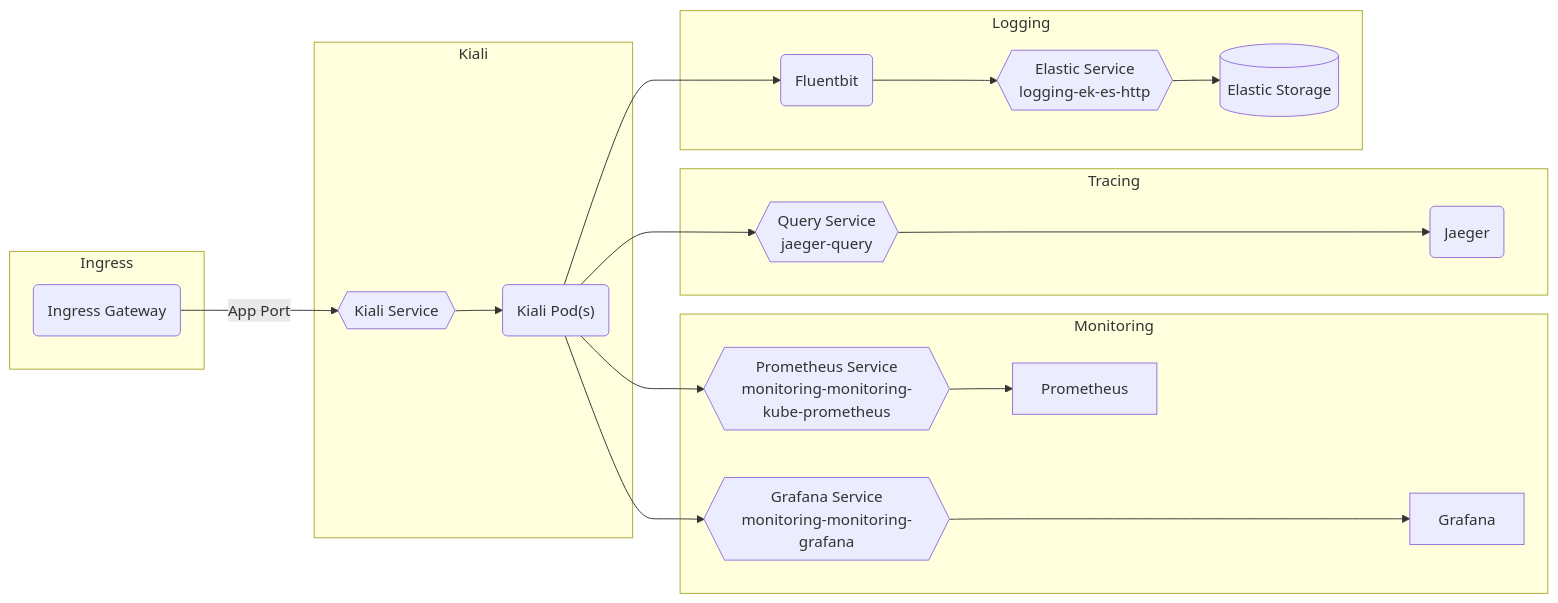
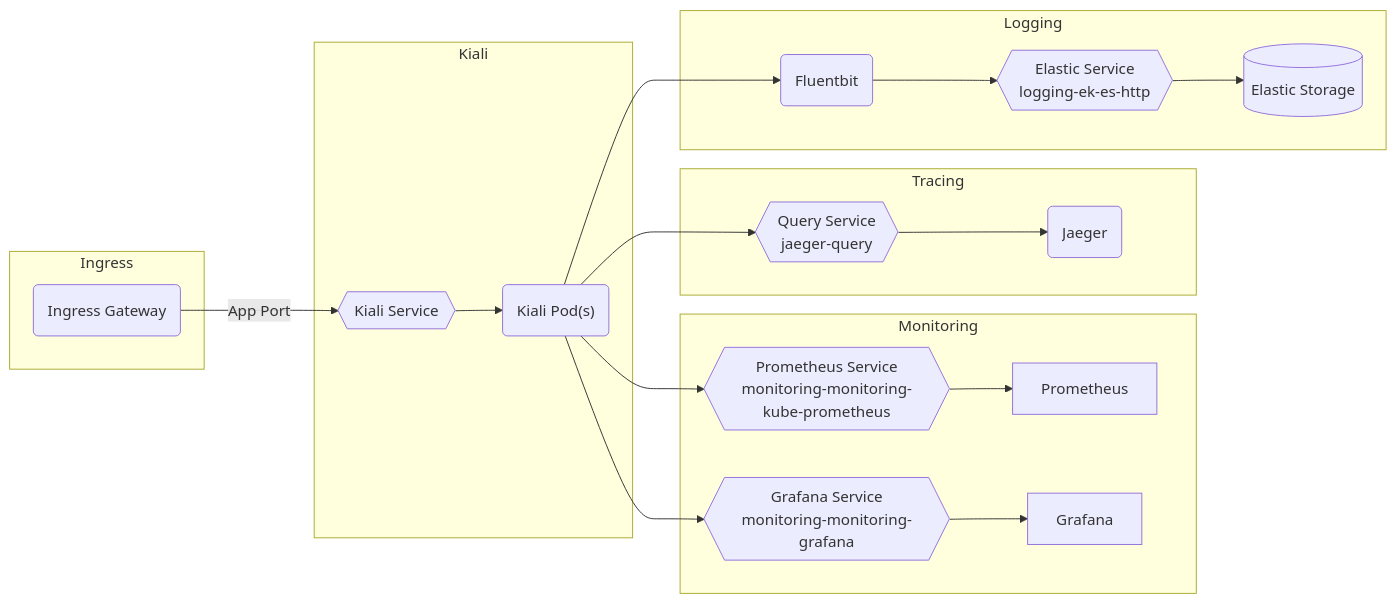
One commit to rjferguson21/big-bang changed the diagram in charter/packages/kiali/Architecture.md. Above: the diagram before and after it, drawn with Mermaid.

Commit message:
tidy up mermaid

````diff
--- a/charter/packages/kiali/Architecture.md
+++ b/charter/packages/kiali/Architecture.md
@@ -11,25 +11,25 @@
 ```mermaid
 graph LR
   subgraph "Kiali"
     Kialipods("Kiali Pod(s)")
     kialiservice{{Kiali Service}} --> Kialipods("Kiali Pod(s)")
   end      
 
   subgraph "Ingress"
     ig(Ingress Gateway) --"App Port"--> kialiservice
   end
 
   subgraph "Monitoring"
     Kialipods("Kiali Pod(s)") --> prometheusservice{{Prometheus Service<br />monitoring-monitoring-kube-prometheus}} --> Prometheus
-    Kialipods("Kiali Pod(s)") --> grafanaservice{{Grafana Service<br />monitoring-monitoring-grafana}} ----> Grafana  
+    Kialipods("Kiali Pod(s)") --> grafanaservice{{Grafana Service<br />monitoring-monitoring-grafana}} --> Grafana  
   end
 
   subgraph "Tracing"
-    Kialipods("Kiali Pod(s)") --> queryservice{{Query Service<br />jaeger-query}} ----> jaeger(Jaeger)
+    Kialipods("Kiali Pod(s)") --> queryservice{{Query Service<br />jaeger-query}} --> jaeger(Jaeger)
   end
 
   subgraph "Logging"
     Kialipods("Kiali Pod(s)") --> fluent(Fluentbit) --> logging-ek-es-http
     logging-ek-es-http{{Elastic Service<br />logging-ek-es-http}} --> elastic[(Elastic Storage)]
   end
 ```
````
